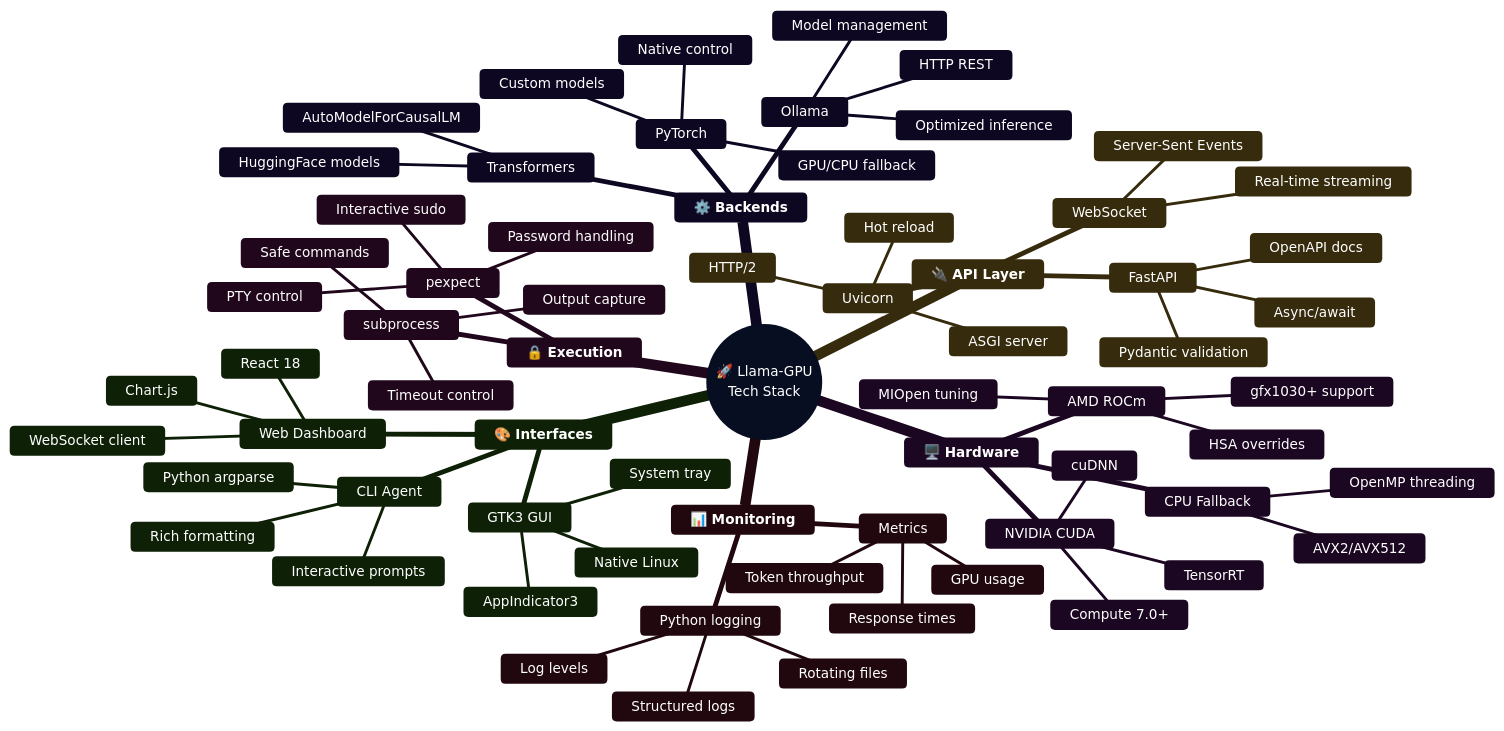
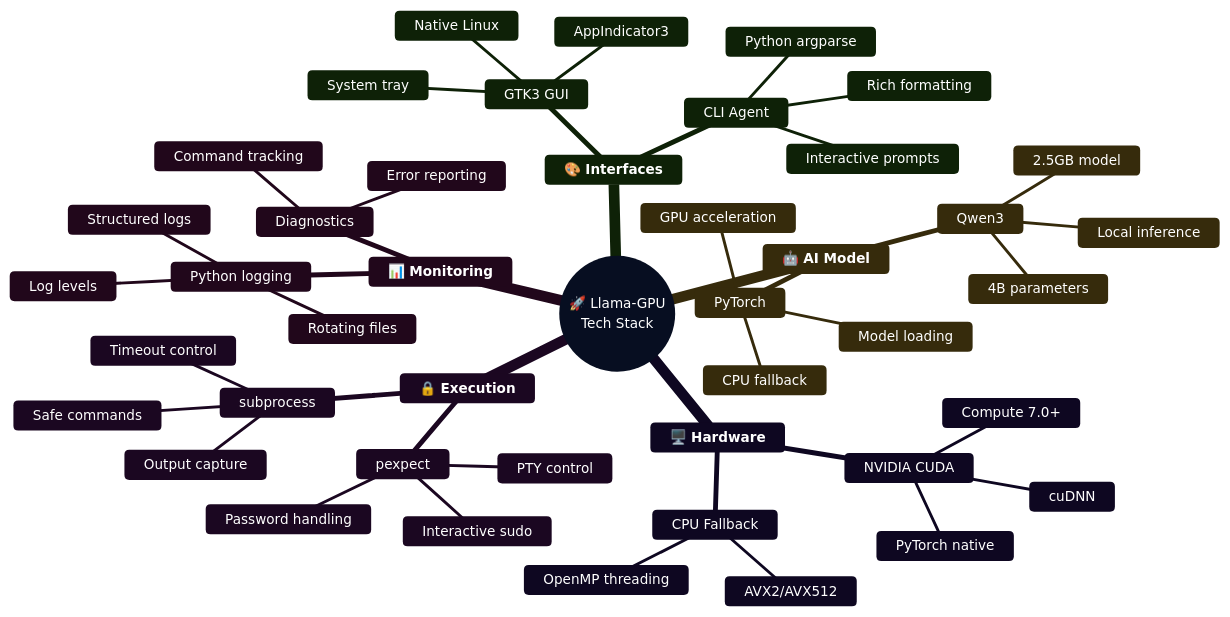
Before and after one commit to hkevin01/Llama-GPU: the fifth of 5 diagrams in README.md, drawn with Mermaid. The commit also changed other lines of this file and 1 other file, not shown here.

Commit message:
fix: Enhance command validation by refining blacklist patterns for improved security

````diff
--- a/README.md
+++ b/README.md
@@ -1004,72 +945,48 @@
 ```mermaid
 %%{init: {'theme':'base', 'themeVariables': { 'primaryColor':'#1e3a8a','primaryTextColor':'#fff','primaryBorderColor':'#3b82f6','background':'#0f172a','mainBkg':'#1e293b','fontSize':'14px'}}}%%
 mindmap
   root((🚀 Llama-GPU<br/>Tech Stack))
     🎨 **Interfaces**
       CLI Agent
         Python argparse
         Rich formatting
         Interactive prompts
       GTK3 GUI
         Native Linux
         AppIndicator3
         System tray
-      Web Dashboard
-        React 18
-        Chart.js
-        WebSocket client
-    🔌 **API Layer**
-      FastAPI
-        Async/await
-        Pydantic validation
-        OpenAPI docs
-      Uvicorn
-        ASGI server
-        Hot reload
-        HTTP/2
-      WebSocket
-        Server-Sent Events
-        Real-time streaming
-    ⚙️ **Backends**
-      Ollama
-        HTTP REST
-        Model management
-        Optimized inference
+    🤖 **AI Model**
+      Qwen3
+        4B parameters
+        2.5GB model
+        Local inference
       PyTorch
-        Native control
-        Custom models
-        GPU/CPU fallback
-      Transformers
-        HuggingFace models
-        AutoModelForCausalLM
+        GPU acceleration
+        CPU fallback
+        Model loading
     🖥️ **Hardware**
-      AMD ROCm
-        gfx1030+ support
-        HSA overrides
-        MIOpen tuning
       NVIDIA CUDA
         Compute 7.0+
         cuDNN
-        TensorRT
+        PyTorch native
       CPU Fallback
         AVX2/AVX512
         OpenMP threading
     🔒 **Execution**
       pexpect
         Interactive sudo
         Password handling
         PTY control
       subprocess
         Safe commands
         Output capture
         Timeout control
     📊 **Monitoring**
       Python logging
         Rotating files
         Log levels
         Structured logs
-      Metrics
-        Response times
-        GPU usage
-        Token throughput
+      Diagnostics
+        Command tracking
+        Error reporting
 ```
````
